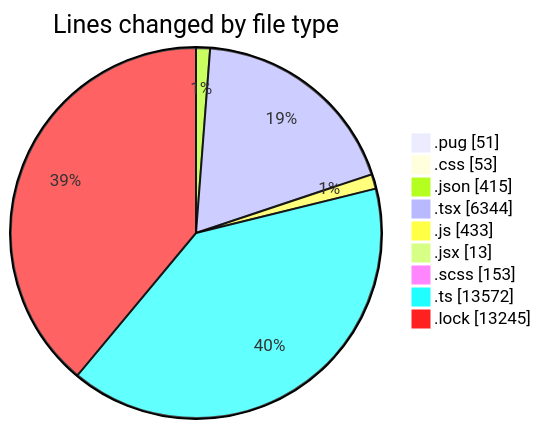
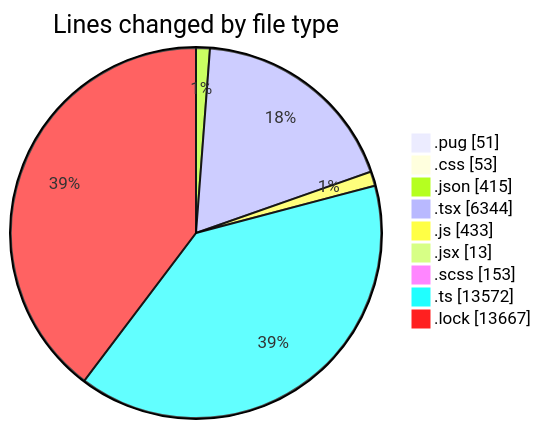
The first of 2 diagrams in 2025-11-06/cda/README.md (momahboobian/code-tracking), drawn with Mermaid before and after one commit. The commit also changed other lines of this file and 1 other file, not shown here.

````diff
--- a/2025-11-06/cda/README.md
+++ b/2025-11-06/cda/README.md
@@ -47,13 +47,13 @@
 ```mermaid
 pie showData
 title Lines changed by file type
 ".pug" : 51
 ".css" : 53
 ".json" : 415
 ".tsx" : 6344
 ".js" : 433
 ".jsx" : 13
 ".scss" : 153
 ".ts" : 13572
-".lock" : 13245
+".lock" : 13667
 ```
````
